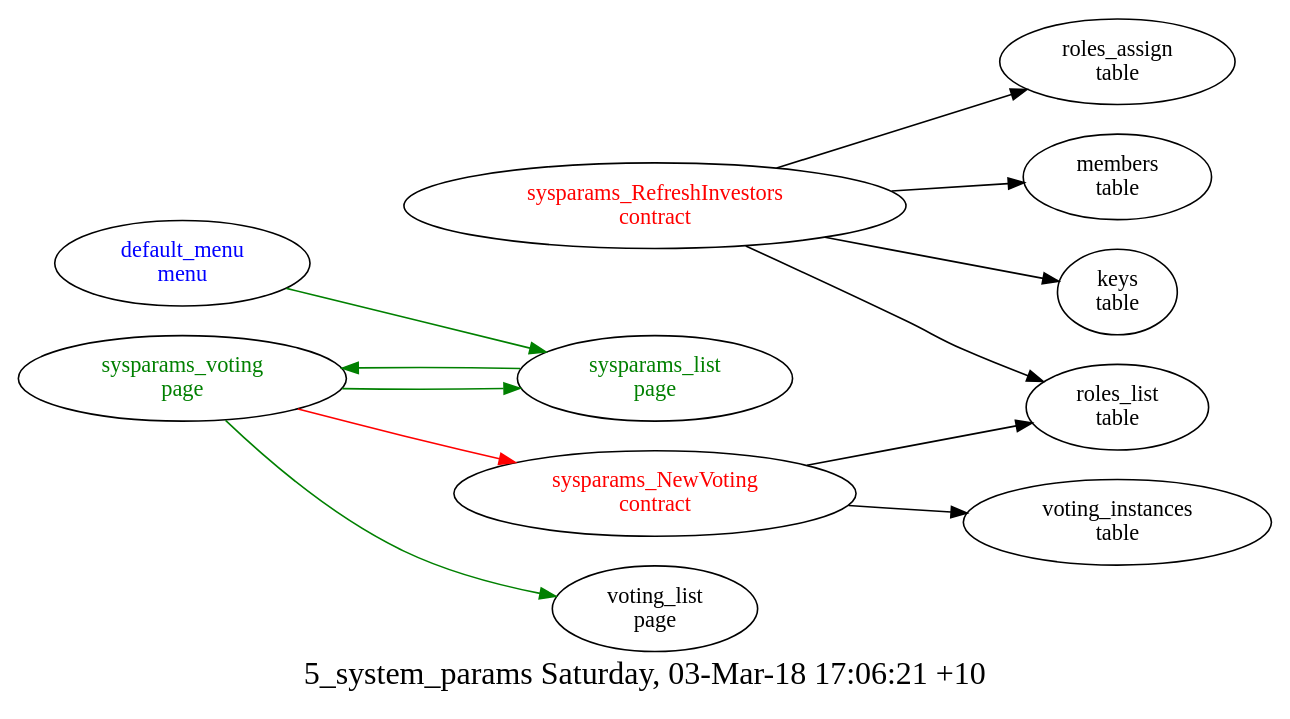
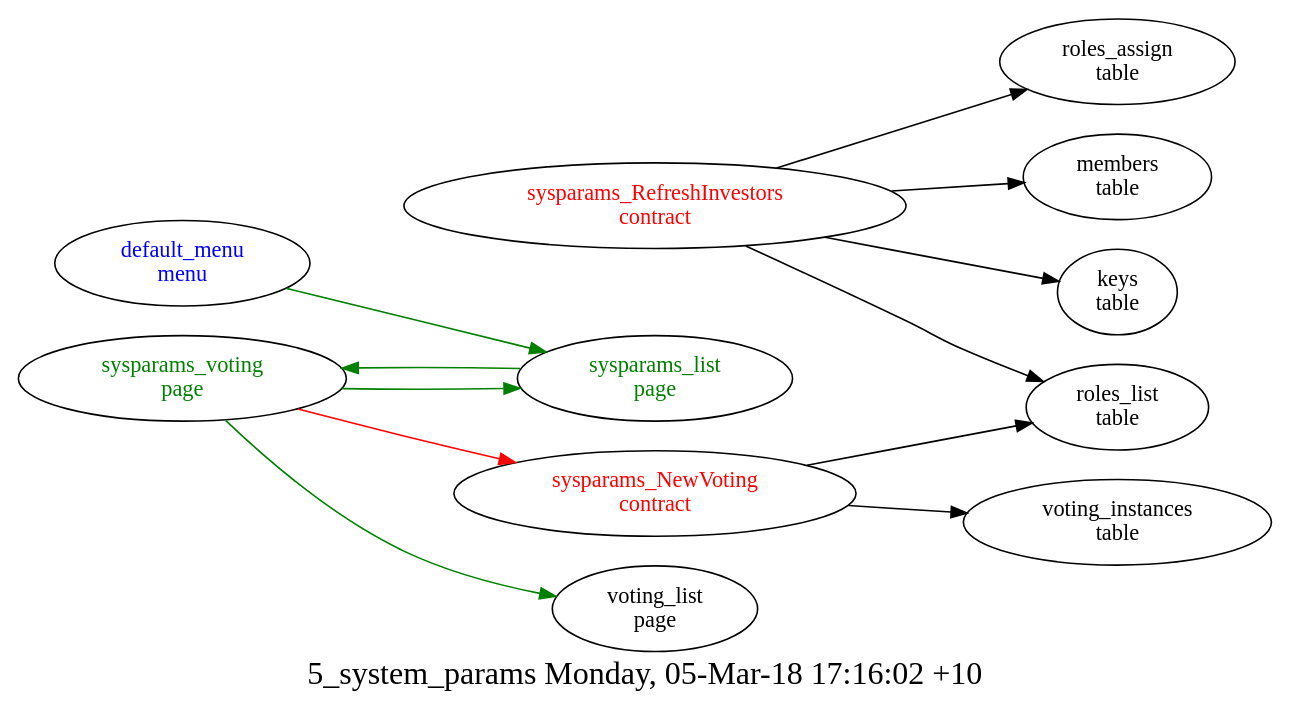
The diagram in src/basic/basic_main/5_system_params/struct.dot (AplaProject/apps), drawn with Graphviz before and after one commit. The commit also changed 70 other files, not shown here.

```diff
--- a/src/basic/basic_main/5_system_params/struct.dot
+++ b/src/basic/basic_main/5_system_params/struct.dot
@@ -1,21 +1,21 @@
 digraph G {
 fontsize="20.0";
-label="5_system_params Saturday, 03-Mar-18 17:06:21 +10";
+label="5_system_params Monday, 05-Mar-18 17:16:02 +10";
 rankdir=LR;
 "sysparams_RefreshInvestors\ncontract" -> "roles_list\ntable"
 "sysparams_RefreshInvestors\ncontract" -> "roles_assign\ntable"
 "sysparams_RefreshInvestors\ncontract" -> "members\ntable"
 "sysparams_RefreshInvestors\ncontract" -> "keys\ntable"
 "sysparams_RefreshInvestors\ncontract" [fontcolor=red, group=contracts];
 "sysparams_NewVoting\ncontract" -> "voting_instances\ntable"
 "sysparams_NewVoting\ncontract" -> "roles_list\ntable"
 "sysparams_NewVoting\ncontract" [fontcolor=red, group=contracts];
 "default_menu\nmenu" -> "sysparams_list\npage"  [ color=green ]
 "default_menu\nmenu" [fontcolor=blue, group=menus];
 "sysparams_list\npage" -> "sysparams_voting\npage"  [ color=green ]
 "sysparams_list\npage" [fontcolor=green, group=pages];
 "sysparams_voting\npage" -> "sysparams_NewVoting\ncontract"  [ color=red ]
 "sysparams_voting\npage" -> "sysparams_list\npage"  [ color=green ]
 "sysparams_voting\npage" -> "voting_list\npage"  [ color=green ]
 "sysparams_voting\npage" [fontcolor=green, group=pages];
 }
```
